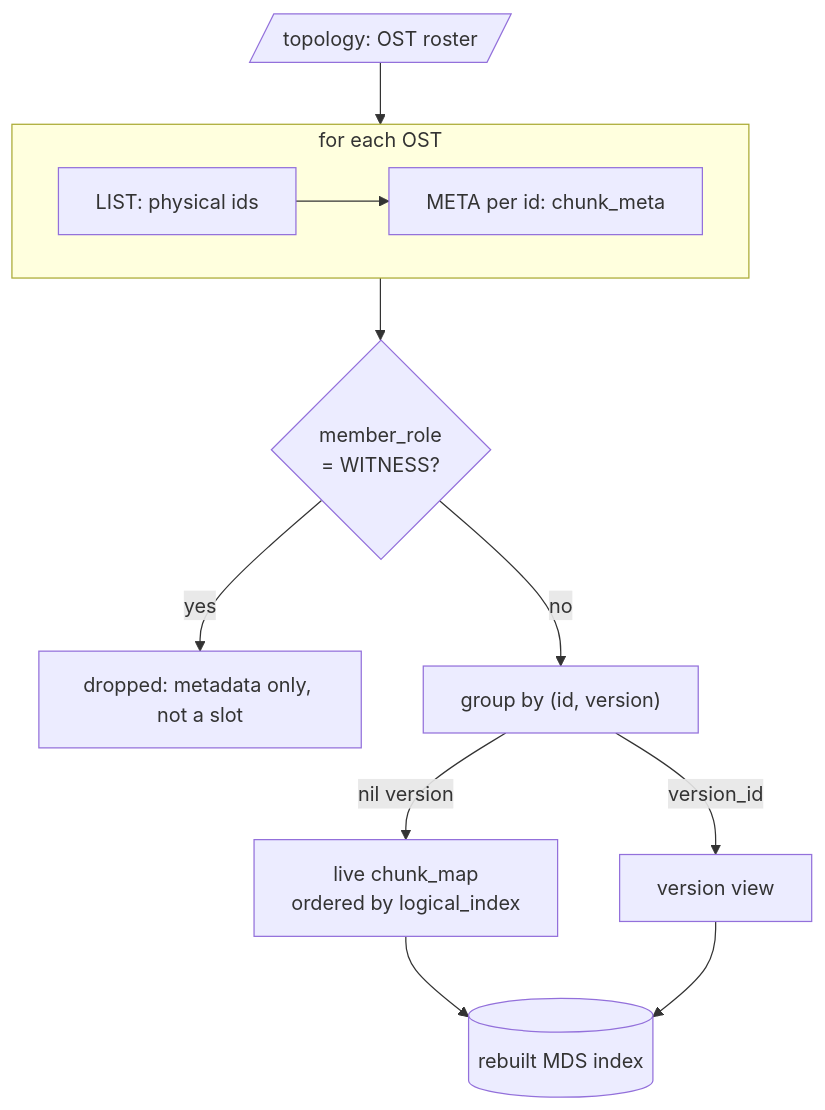
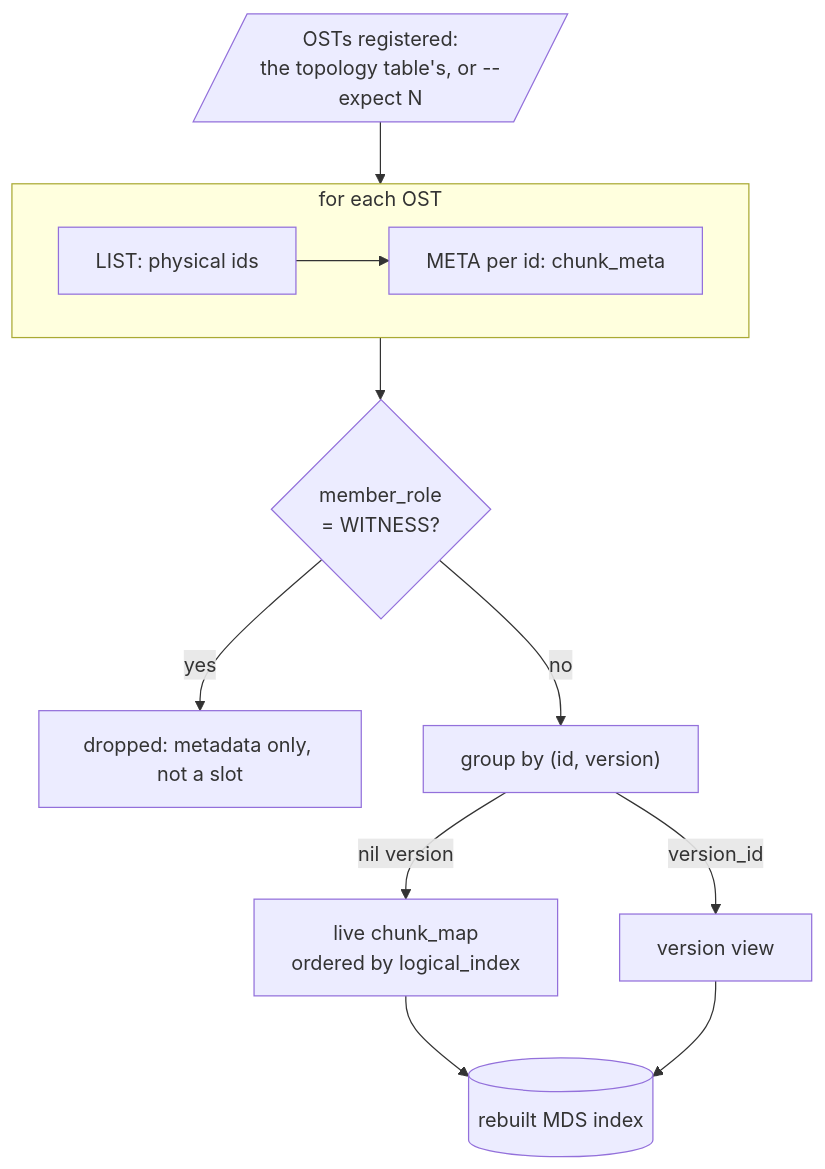
One commit to rawstor/librawstor changed the seventh of 7 diagrams in docs/mds.md. Above: the diagram before and after it, drawn with Mermaid. The commit also changed other lines of this file and 6 other files, not shown here.

````diff
--- a/docs/mds.md
+++ b/docs/mds.md
@@ -1145,15 +1146,15 @@
 ```mermaid
 flowchart TB
-    T[/"topology: OST roster"/] --> Scan
+    T[/"OSTs registered:<br/>the topology table's, or --expect N"/] --> Scan
     subgraph Scan ["for each OST"]
         direction LR
         L["LIST: physical ids"] --> Me["META per id: chunk_meta"]
     end
     Scan --> W{"member_role<br/>= WITNESS?"}
     W -- yes --> Drop["dropped: metadata only, not a slot"]
     W -- no --> G["group by (id, version)"]
     G -- "nil version" --> Live["live chunk_map<br/>ordered by logical_index"]
     G -- "version_id" --> Version["version view"]
     Live --> DB[("rebuilt MDS index")]
     Version --> DB
 ```
````
